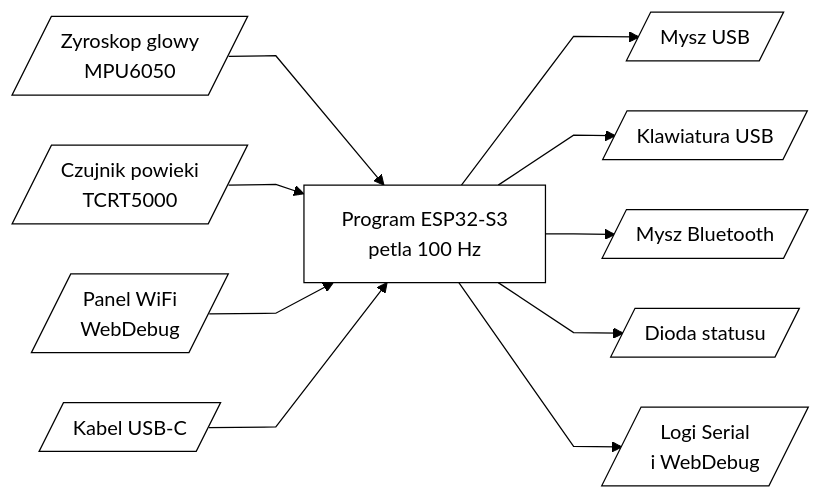
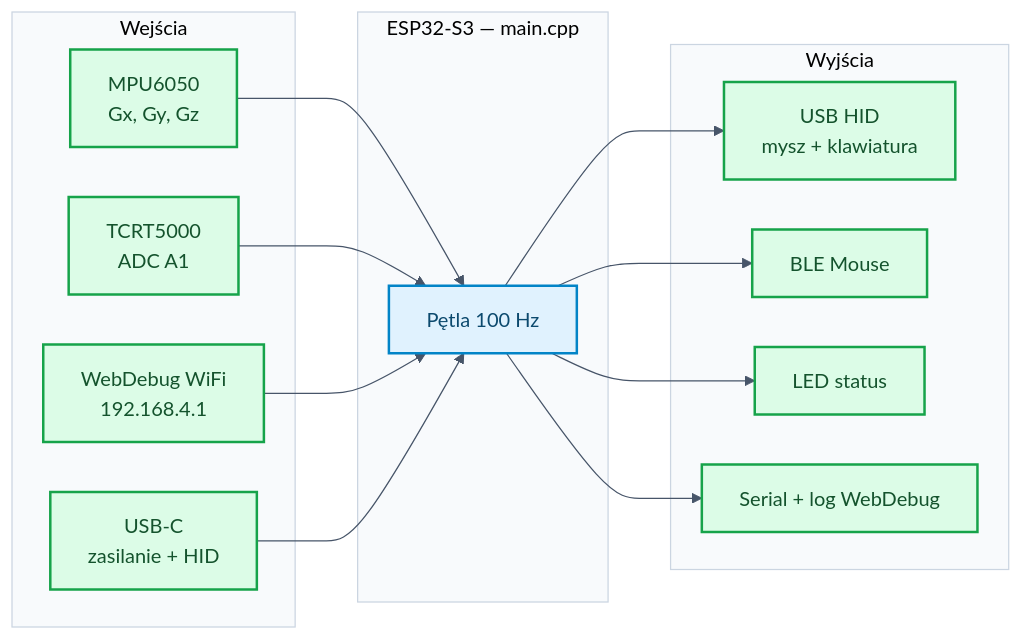
Before and after one commit to bartkadres-ai/HEFAS-4.0: the first of 10 diagrams in README.md, drawn with Mermaid. The commit also changed other lines of this file, not shown here.

````diff
--- a/README.md
+++ b/README.md
@@ -296,26 +285,35 @@
 ```mermaid
-%%{init: {'theme':'base','themeVariables':{'background':'#ffffff','mainBkg':'#ffffff','primaryColor':'#ffffff','primaryTextColor':'#000000','primaryBorderColor':'#000000','lineColor':'#000000','clusterBkg':'#ffffff','clusterBorder':'#000000','edgeLabelBackground':'#ffffff'},'flowchart':{'curve':'linear','nodeSpacing':40,'rankSpacing':45}}}%%
+%%{init: {'theme':'base','themeVariables':{'background':'#ffffff','mainBkg':'#ffffff','primaryColor':'#ffffff','primaryTextColor':'#1e293b','primaryBorderColor':'#64748b','lineColor':'#475569','clusterBkg':'#f8fafc','clusterBorder':'#cbd5e1','edgeLabelBackground':'#ffffff'},'flowchart':{'curve':'basis','nodeSpacing':40,'rankSpacing':50}}}%%
 flowchart LR
-    IMU[/Zyroskop glowy<br/>MPU6050/]
-    IR[/Czujnik powieki<br/>TCRT5000/]
-    WEB[/Panel WiFi<br/>WebDebug/]
-    USBIN[/Kabel USB-C/]
+    subgraph WEJ["Wejścia"]
+        IMU["MPU6050<br/>Gx, Gy, Gz"]
+        IR["TCRT5000<br/>ADC A1"]
+        WEB["WebDebug WiFi<br/>192.168.4.1"]
+        USBIN["USB-C<br/>zasilanie + HID"]
+    end
 
-    MCU[Program ESP32-S3<br/>petla 100 Hz]
+    subgraph MCU["ESP32-S3 — main.cpp"]
+        LOOP["Pętla 100 Hz"]
+    end
 
-    HID[/Mysz USB/]
-    KBD[/Klawiatura USB/]
-    BLE[/Mysz Bluetooth/]
-    LED[/Dioda statusu/]
-    LOG[/Logi Serial<br/>i WebDebug/]
+    subgraph WYJ["Wyjścia"]
+        HID["USB HID<br/>mysz + klawiatura"]
+        BLE["BLE Mouse"]
+        LED["LED status"]
+        LOG["Serial + log WebDebug"]
+    end
 
-    IMU --> MCU
-    IR --> MCU
-    WEB --> MCU
-    USBIN --> MCU
-    MCU --> HID
-    MCU --> KBD
-    MCU --> BLE
-    MCU --> LED
-    MCU --> LOG
+    IMU --> LOOP
+    IR --> LOOP
+    WEB --> LOOP
+    USBIN --> LOOP
+    LOOP --> HID
+    LOOP --> BLE
+    LOOP --> LED
+    LOOP --> LOG
+
+    classDef io fill:#dcfce7,stroke:#16a34a,stroke-width:2px,color:#14532d
+    classDef core fill:#e0f2fe,stroke:#0284c7,stroke-width:2px,color:#0c4a6e
+    class IMU,IR,WEB,USBIN,HID,BLE,LED,LOG io
+    class LOOP core
 ```
````
